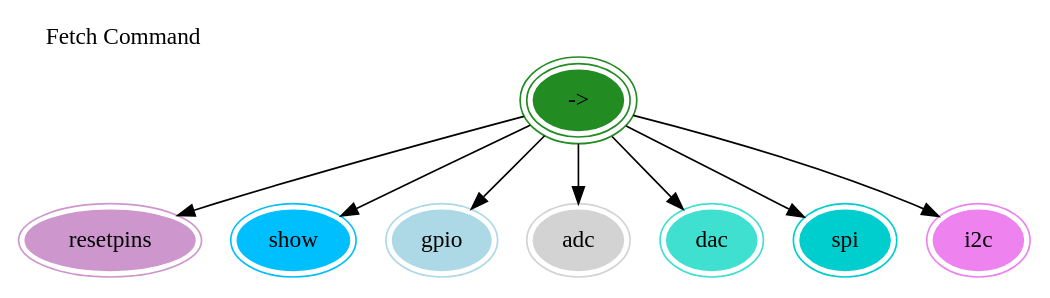
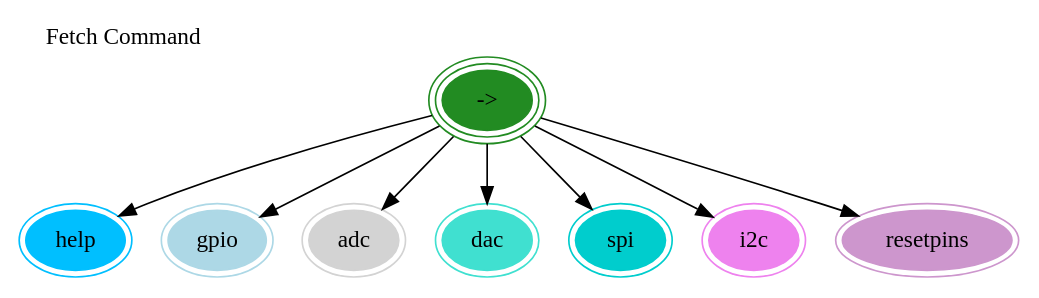
One commit to marionette-daq/marionette-firmware changed the diagram in Doc/fetch_cmd.dot. Above: the diagram before and after it, drawn with Graphviz. The commit also changed 2 other files, not shown here.

```diff
--- a/Doc/fetch_cmd.dot
+++ b/Doc/fetch_cmd.dot
@@ -1,22 +1,22 @@
 digraph Fetch {
   graph [fontname="lucidasans-bold-14"];
   node [fontname="lucidasans-bold-14"];
-  "->" -> resetpins;
-  "->" -> show;
+  "->" -> help;
   "->" -> gpio;
   "->" -> adc;
   "->" -> dac;
   "->" -> spi;
   "->" -> i2c;
+  "->" -> resetpins;
   "->" [color=forestgreen, peripheries=3, style=filled];
   resetpins [color=plum3, peripheries=2, style=filled];
-  show [color=deepskyblue, peripheries=2, style=filled];
+  help [color=deepskyblue, peripheries=2, style=filled];
   gpio [color=lightblue, peripheries=2, style=filled];
   adc [color=lightgrey, peripheries=2, style=filled];
   dac [color=turquoise, peripheries=2, style=filled];
   spi [color=cyan3, peripheries=2, style=filled];
   i2c [color=violet, peripheries=2, style=filled];
   label="Fetch Command";
   labelloc=top;
   labeljust=left;
 }
```
